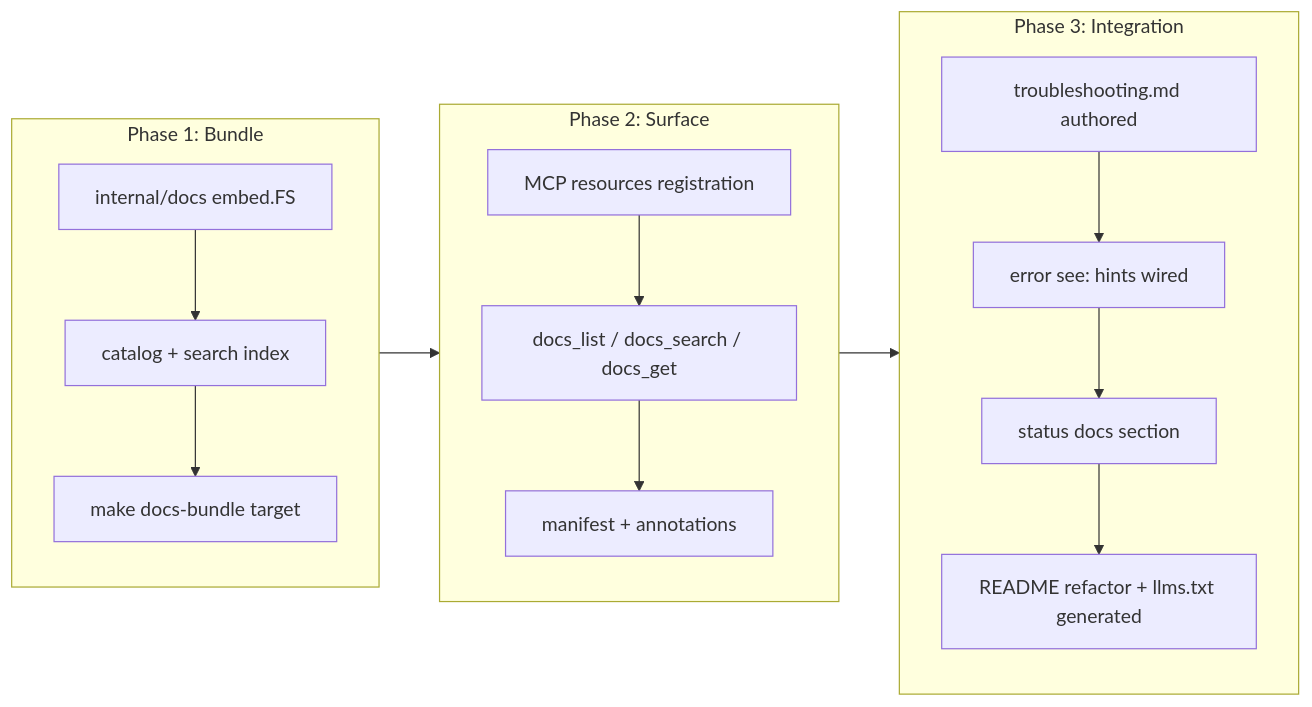
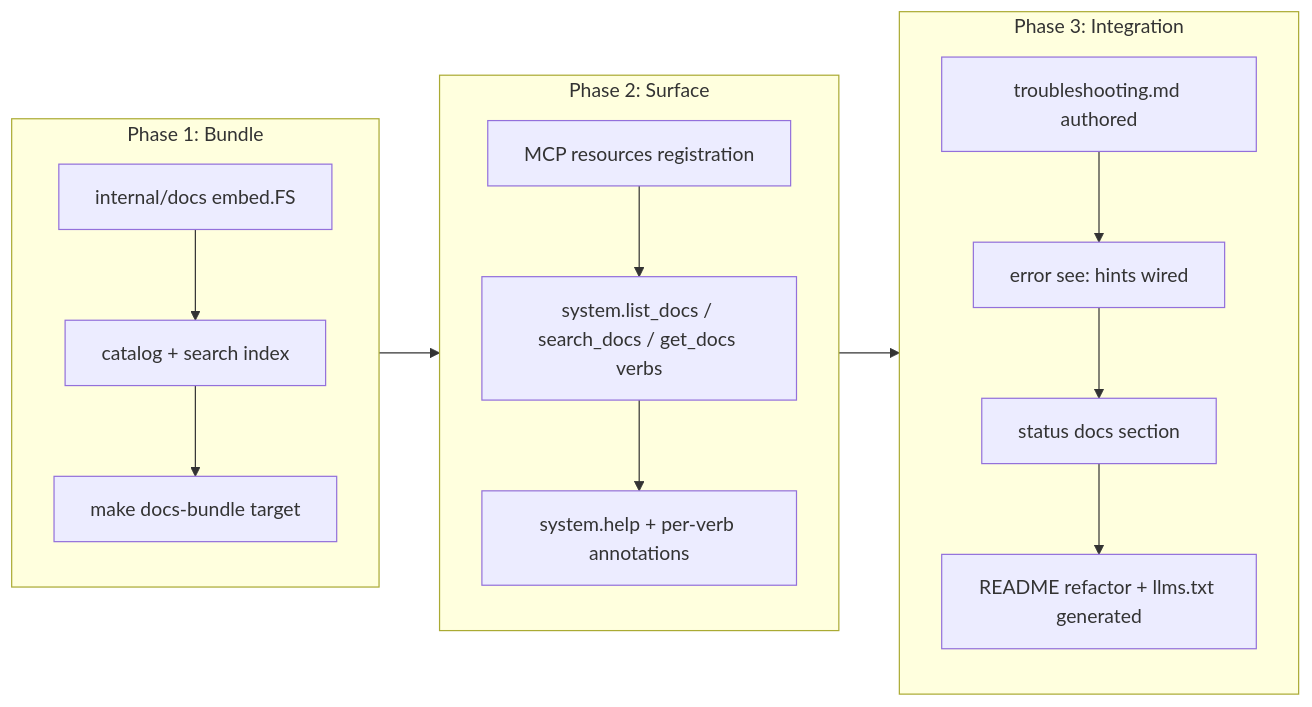
The third of 3 diagrams in docs/cr/CR-0061-in-server-documentation-access-for-llm-self-troubleshooting.md (desek/outlook-local-mcp), drawn with Mermaid before and after one commit. The commit also changed other lines of this file, not shown here.

````diff
--- a/docs/cr/CR-0061-in-server-documentation-access-for-llm-self-troubleshooting.md
+++ b/docs/cr/CR-0061-in-server-documentation-access-for-llm-self-troubleshooting.md
@@ -190,17 +196,17 @@
 ```mermaid
 flowchart LR
     subgraph P1[Phase 1: Bundle]
         A1[internal/docs embed.FS] --> A2[catalog + search index]
         A2 --> A3[make docs-bundle target]
     end
     subgraph P2[Phase 2: Surface]
-        B1[MCP resources registration] --> B2[docs_list / docs_search / docs_get]
-        B2 --> B3[manifest + annotations]
+        B1[MCP resources registration] --> B2[system.list_docs / search_docs / get_docs verbs]
+        B2 --> B3[system.help + per-verb annotations]
     end
     subgraph P3[Phase 3: Integration]
         C1[troubleshooting.md authored] --> C2[error see: hints wired]
         C2 --> C3[status docs section]
         C3 --> C4[README refactor + llms.txt generated]
     end
     P1 --> P2 --> P3
 ```
````
